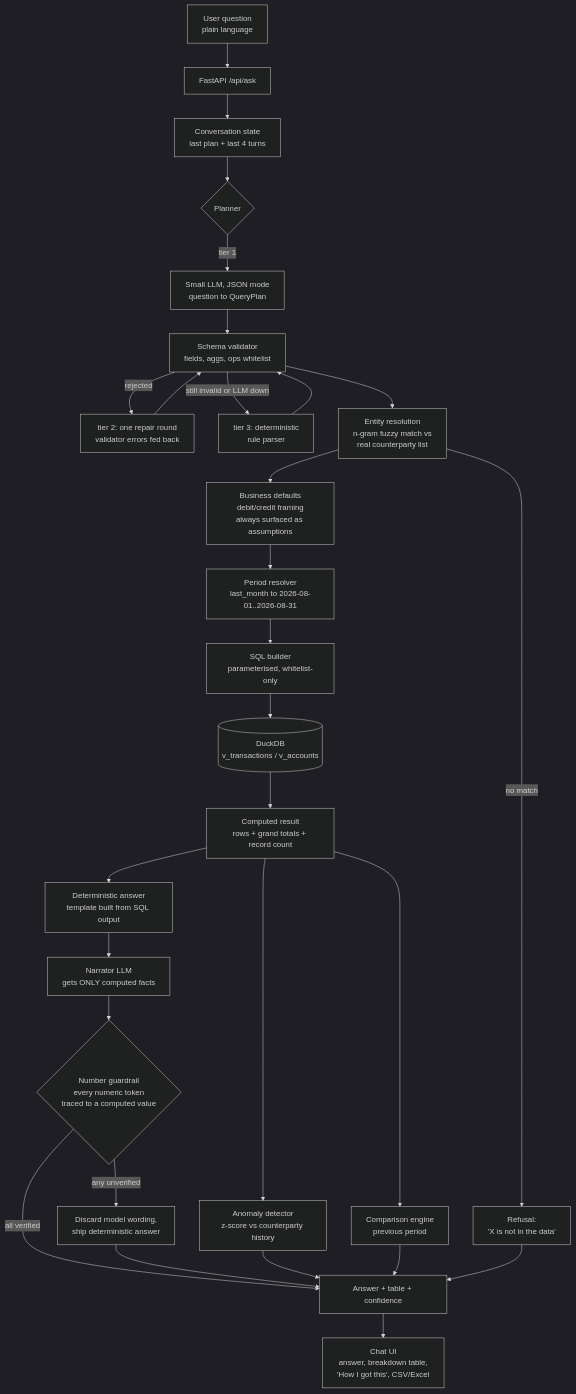
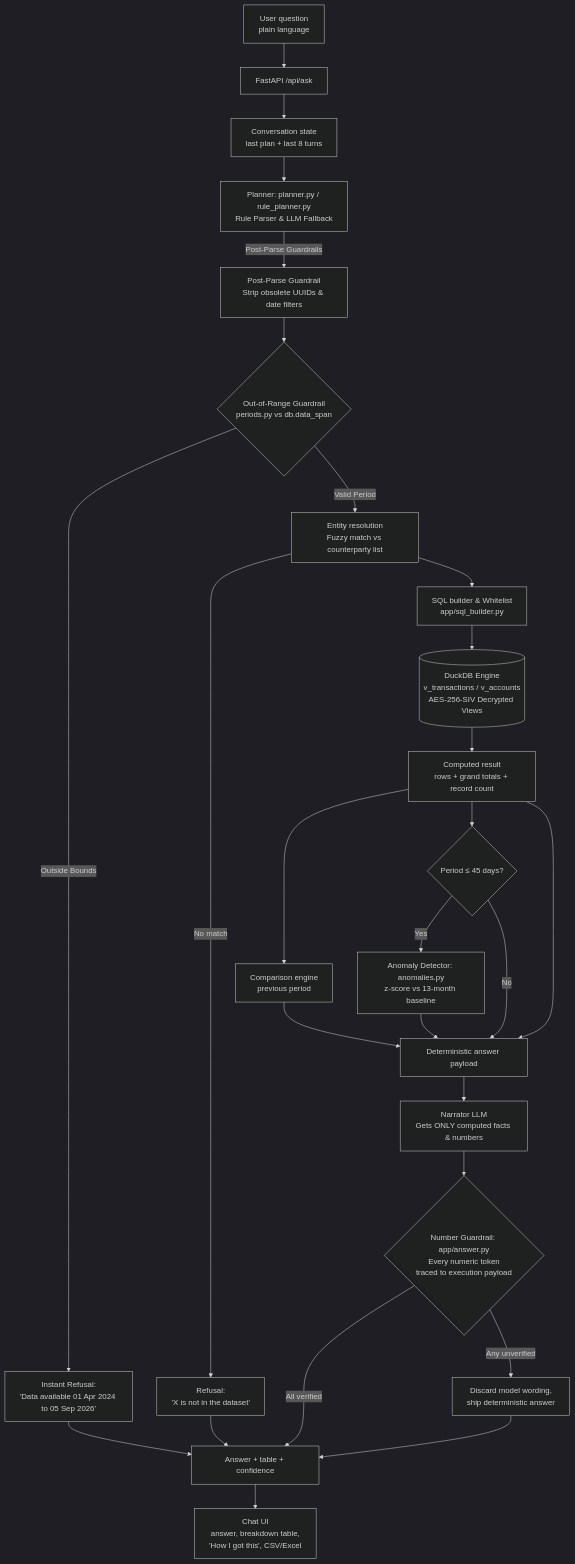
Before and after one commit to SuryaSachan/AI-Finance-Assistant: the first of 2 diagrams in docs/architecture.md, drawn with Mermaid (dark theme). The commit also changed other lines of this file, not shown here.

Commit message:
modified architecture diagram

````diff
--- a/docs/architecture.md
+++ b/docs/architecture.md
@@ -5,35 +5,33 @@
 ```mermaid
 flowchart TD
     U[User question<br/>plain language] --> API[FastAPI /api/ask]
-    API --> CTX[Conversation state<br/>last plan + last 4 turns]
-    CTX --> P{Planner}
+    API --> CTX[Conversation state<br/>last plan + last 8 turns]
+    CTX --> P[Planner: planner.py / rule_planner.py<br/>Rule Parser & LLM Fallback]
 
-    P -->|tier 1| L1[Small LLM, JSON mode<br/>question to QueryPlan]
-    L1 --> V[Schema validator<br/>fields, aggs, ops whitelist]
-    V -->|rejected| L2[tier 2: one repair round<br/>validator errors fed back]
-    L2 --> V
-    V -->|still invalid or LLM down| R[tier 3: deterministic<br/>rule parser]
-    R --> V
+    P -->|Post-Parse Guardrails| G1[Post-Parse Guardrail<br/>Strip obsolete UUIDs & date filters]
+    G1 --> OOR{Out-of-Range Guardrail<br/>periods.py vs db.data_span}
+    OOR -->|Outside Bounds| REF1[Instant Refusal:<br/>'Data available 01 Apr 2024 to 05 Sep 2026']
+    OOR -->|Valid Period| E[Entity resolution<br/>Fuzzy match vs counterparty list]
 
-    V --> E[Entity resolution<br/>n-gram fuzzy match vs<br/>real counterparty list]
-    E -->|no match| REF[Refusal:<br/>'X is not in the data']
-    E --> D[Business defaults<br/>debit/credit framing<br/>always surfaced as assumptions]
-    D --> T[Period resolver<br/>last_month to 2026-08-01..2026-08-31]
-    T --> SQL[SQL builder<br/>parameterised, whitelist-only]
-    SQL --> DB[(DuckDB<br/>v_transactions / v_accounts)]
+    E -->|No match| REF2[Refusal:<br/>'X is not in the dataset']
+    E --> T[SQL builder & Whitelist<br/>app/sql_builder.py]
+    T --> DB[(DuckDB Engine<br/>v_transactions / v_accounts<br/>AES-256-SIV Decrypted Views)]
 
     DB --> AGG[Computed result<br/>rows + grand totals + record count]
     AGG --> CMP[Comparison engine<br/>previous period]
-    AGG --> AN[Anomaly detector<br/>z-score vs counterparty history]
+    AGG --> AN{Period ≤ 45 days?}
+    AN -->|Yes| ZS[Anomaly Detector: anomalies.py<br/>z-score vs 13-month baseline]
+    AN -->|No| DET
 
-    AGG --> DET[Deterministic answer<br/>template built from SQL output]
-    DET --> N[Narrator LLM<br/>gets ONLY computed facts]
-    N --> G{Number guardrail<br/>every numeric token<br/>traced to a computed value}
-    G -->|all verified| OUT[Answer + table + confidence]
-    G -->|any unverified| DET2[Discard model wording,<br/>ship deterministic answer]
+    AGG --> DET[Deterministic answer payload]
+    ZS --> DET
+    CMP --> DET
+    DET --> N[Narrator LLM<br/>Gets ONLY computed facts & numbers]
+    N --> G2{Number Guardrail: app/answer.py<br/>Every numeric token<br/>traced to execution payload}
+    G2 -->|All verified| OUT[Answer + table + confidence]
+    G2 -->|Any unverified| DET2[Discard model wording,<br/>ship deterministic answer]
     DET2 --> OUT
-    AN --> OUT
-    CMP --> OUT
-    REF --> OUT
+    REF1 --> OUT
+    REF2 --> OUT
     OUT --> UI[Chat UI<br/>answer, breakdown table,<br/>'How I got this', CSV/Excel]
 ```
````
